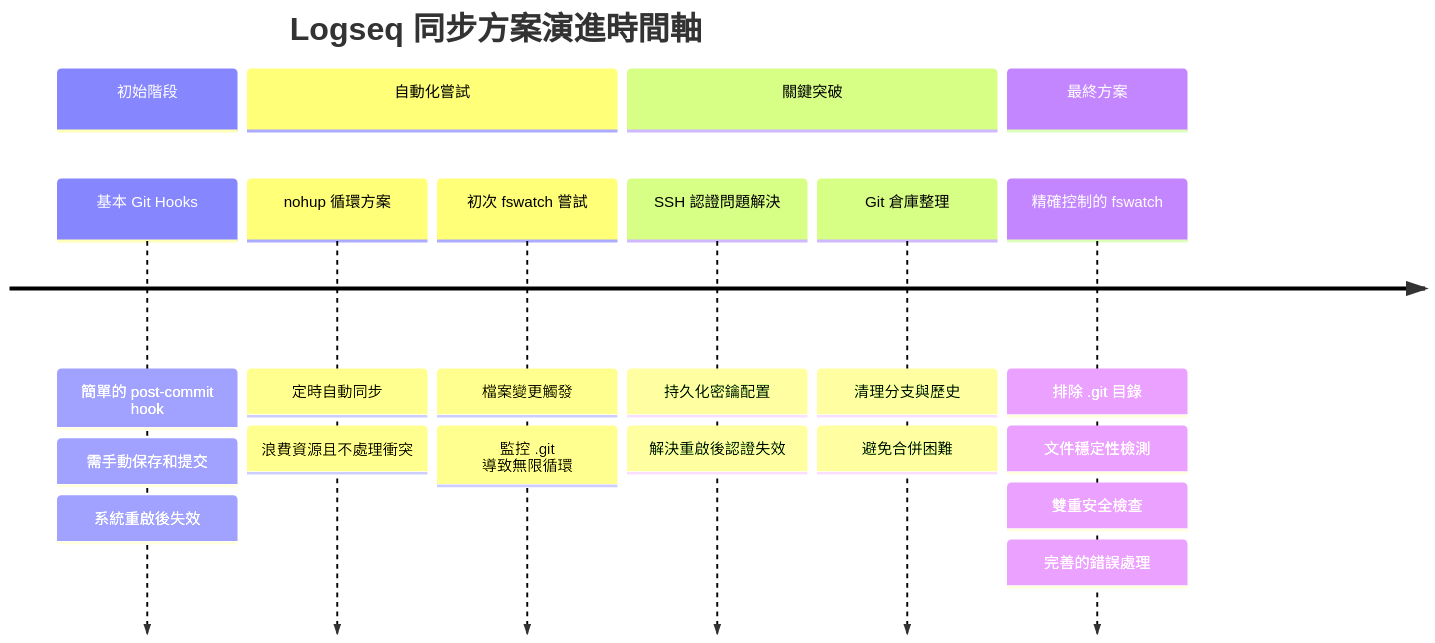
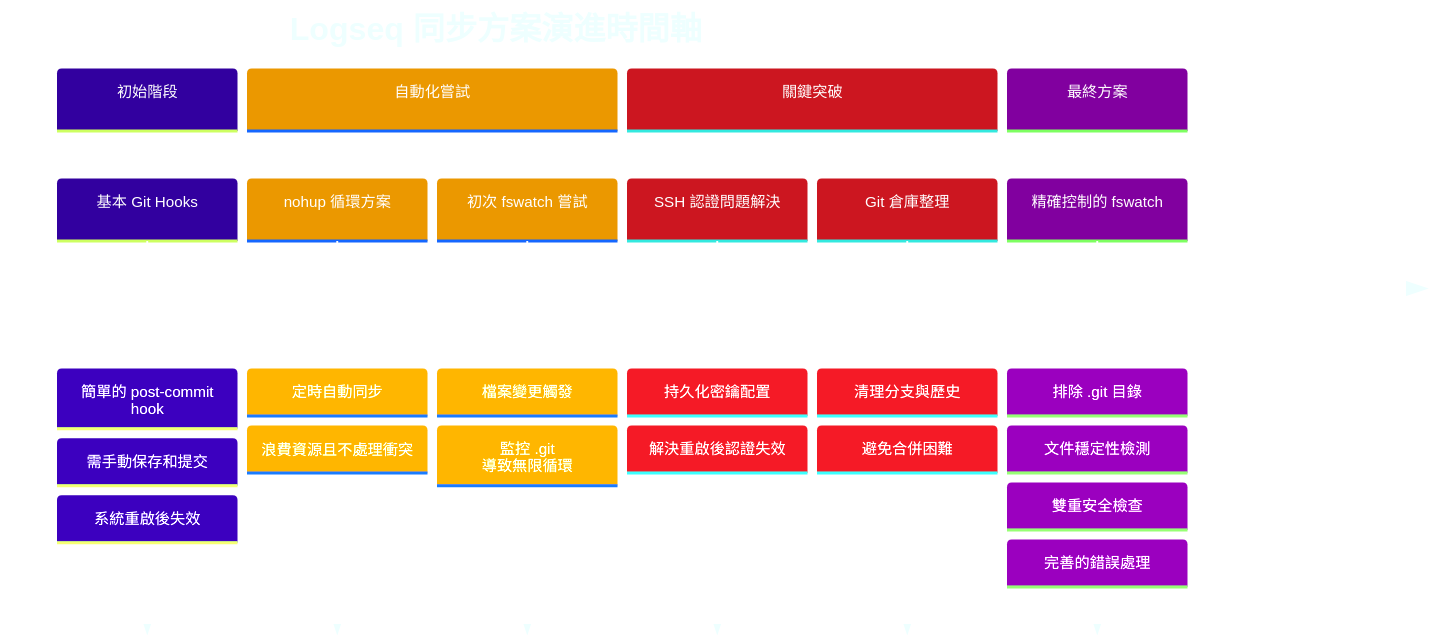
The first of 2 diagrams in Logseq同步方案演進記錄.md (GengGeng026/Sync-Logseq), drawn with Mermaid before and after one commit.

Commit message:
Auto-sync: Wed Mar 26 09:36:52 +08 2025

````diff
--- a/Logseq同步方案演進記錄.md
+++ b/Logseq同步方案演進記錄.md
@@ -24,40 +24,41 @@
 ```mermaid
 %%{init: {
   'theme': 'base', 
   'themeVariables': {
-    'primaryColor': '#99AAFF',
-    'secondaryColor': '#FFCB2B',
-    'tertiaryColor': '#59B79A',
-    'primaryTextColor': '#EEFFFF',
+    'primaryColor': '#651FFF',
+    'primaryTextColor': '#FFFFFF',
+    'primaryBorderColor': '#59B79A',
+    'lineColor': '#C792EA',
+    'secondaryColor': '#FFCB6B',
+    'tertiaryColor': '#F07178',
     'background': 'transparent',
     'textColor': '#EEFFFF',
     'mainBkg': '#273747',
     'nodeBorder': '#59B79A',
     'clusterBkg': 'transparent',
     'edgeLabelBackground': '#21252B'
-  },
   }
 }}%%
 
 timeline
     title Logseq 同步方案演進時間軸
     section 初始階段
         基本 Git Hooks : 簡單的 post-commit hook
         : 需手動保存和提交
         : 系統重啟後失效
     section 自動化嘗試
         nohup 循環方案 : 定時自動同步
         : 浪費資源且不處理衝突
         初次 fswatch 嘗試 : 檔案變更觸發
         : 監控 .git 導致無限循環
     section 關鍵突破
         SSH 認證問題解決 : 持久化密鑰配置
         : 解決重啟後認證失效
         Git 倉庫整理 : 清理分支與歷史
         : 避免合併困難
     section 最終方案
         精確控制的 fswatch : 排除 .git 目錄
         : 文件穩定性檢測
         : 雙重安全檢查
         : 完善的錯誤處理
 ```
````
